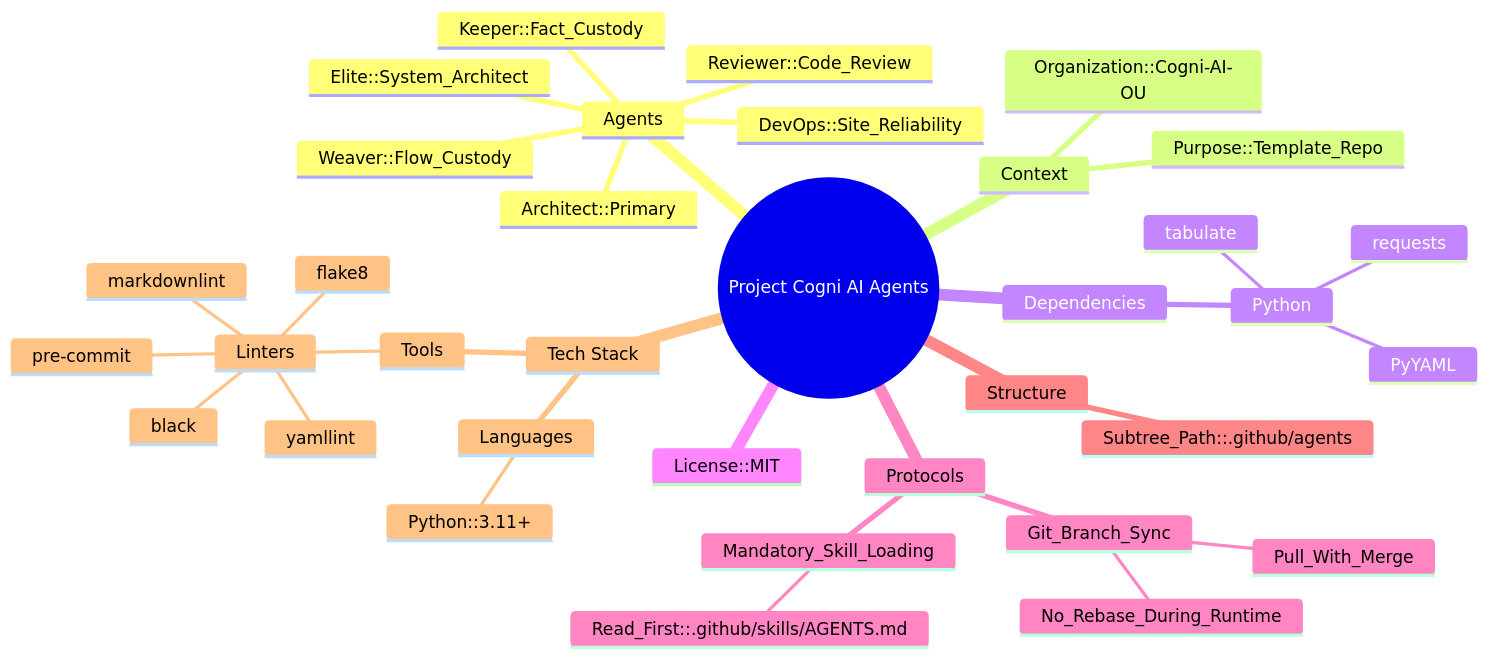
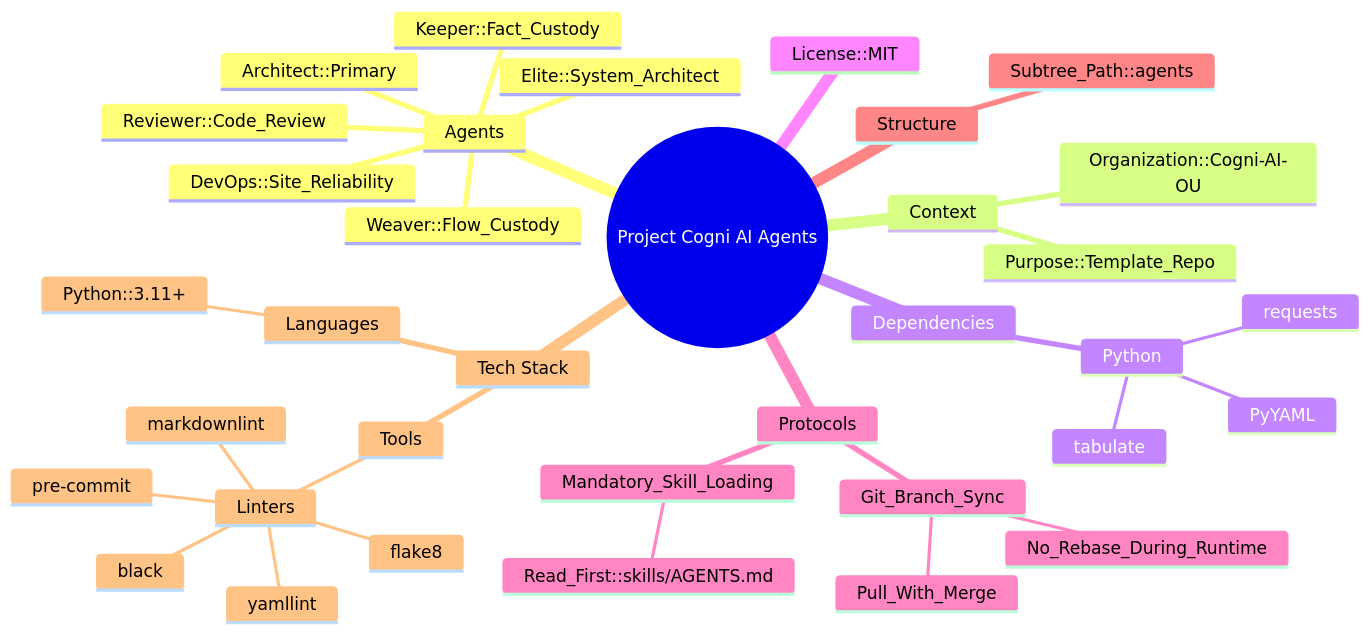
One commit to Cogni-AI-OU/cogni-ai-agents changed the diagram in FACTS.mmd. Above: the diagram before and after it, drawn with Mermaid. The commit also changed 9 other files, not shown here.

```diff
--- a/FACTS.mmd
+++ b/FACTS.mmd
@@ -1,36 +1,36 @@
 mindmap
   root((Project Cogni AI Agents))
     Agents
       Architect::Primary
       DevOps::Site_Reliability
       Elite::System_Architect
       Keeper::Fact_Custody
       Reviewer::Code_Review
       Weaver::Flow_Custody
     Context
       Organization::Cogni-AI-OU
       Purpose::Template_Repo
     Dependencies
       Python
         PyYAML
         requests
         tabulate
     License::MIT
     Protocols
       Git_Branch_Sync
         No_Rebase_During_Runtime
         Pull_With_Merge
       Mandatory_Skill_Loading
-        Read_First::.github/skills/AGENTS.md
+        Read_First::skills/AGENTS.md
     Structure
-      Subtree_Path::.github/agents
+      Subtree_Path::agents
     Tech Stack
       Languages
         Python::3.11+
       Tools
         Linters
           black
           flake8
           markdownlint
           pre-commit
           yamllint
```
